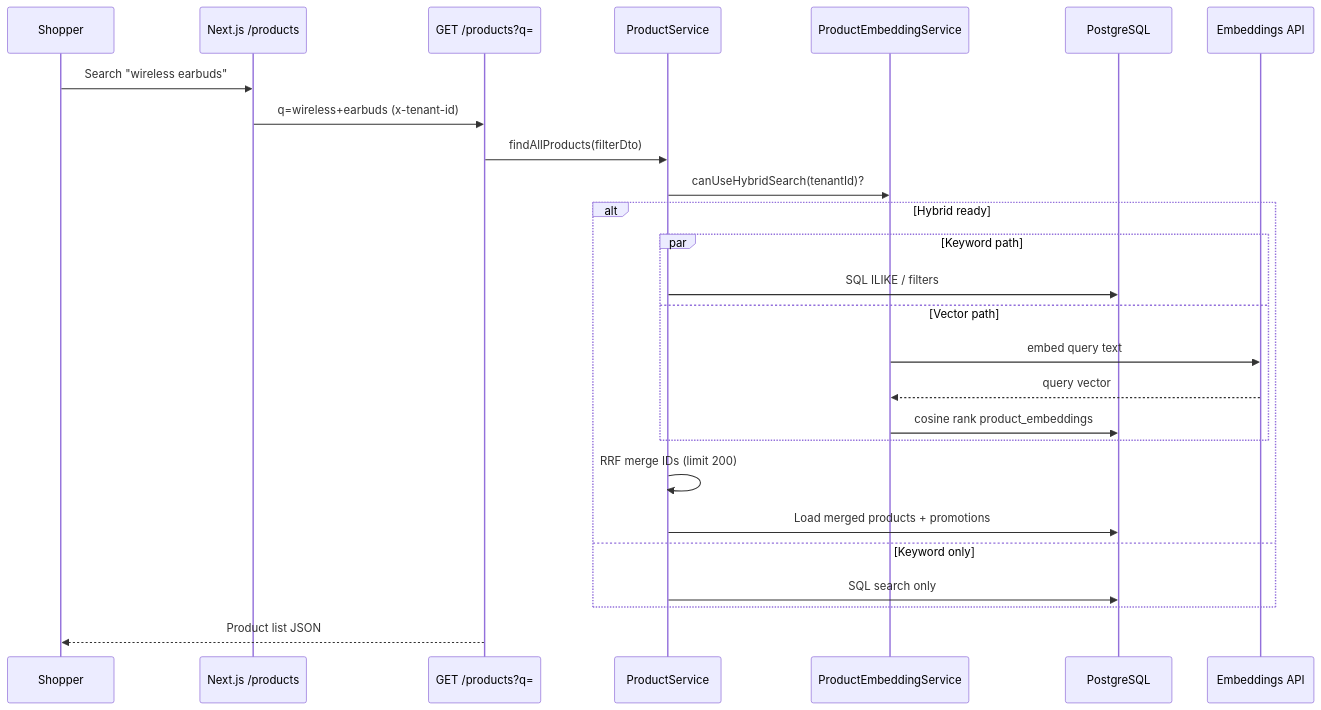
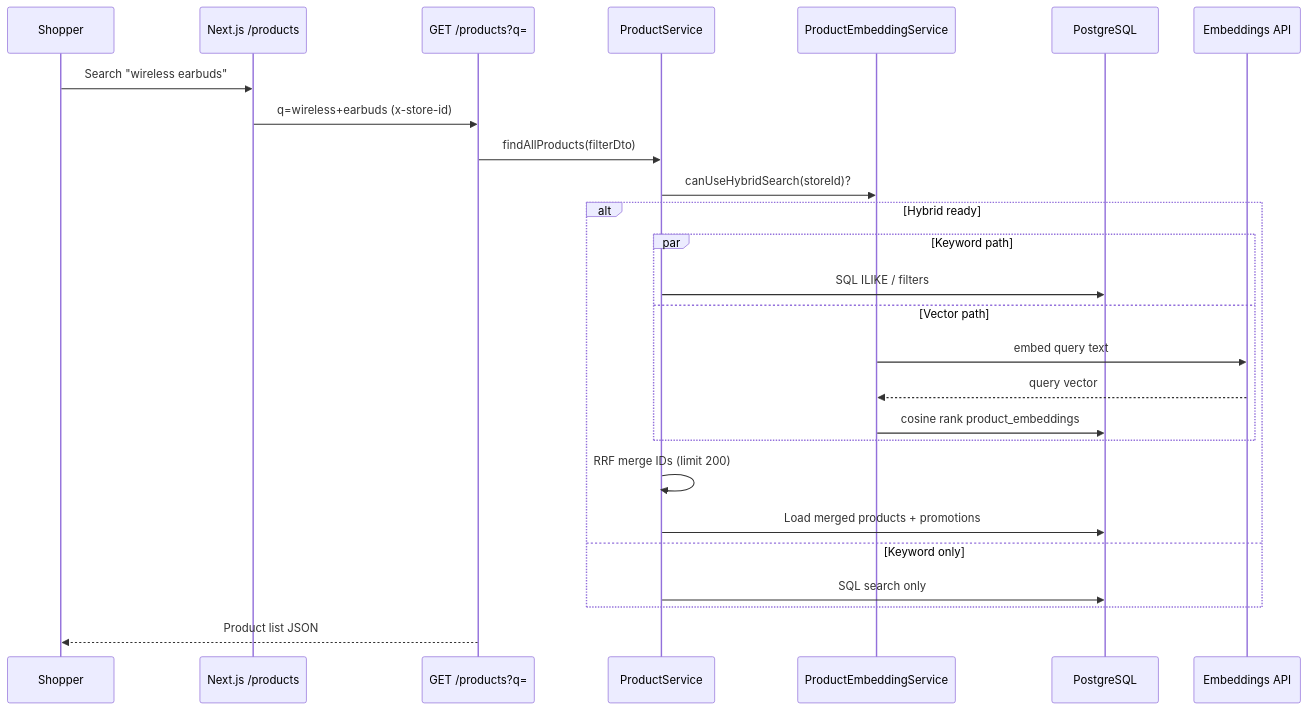
The third of 5 diagrams in doc/manuals/12_STOREFRONT_AI_GUIDE.md (gowtamkumar/eCommerce-multi-store-saas-erp), drawn with Mermaid before and after one commit. The commit also changed other lines of this file and 764 other files, not shown here.

````diff
--- a/doc/manuals/12_STOREFRONT_AI_GUIDE.md
+++ b/doc/manuals/12_STOREFRONT_AI_GUIDE.md
@@ -229,31 +229,31 @@
 ```mermaid
 sequenceDiagram
   participant Shopper
   participant Next as Next.js /products
   participant API as GET /products?q=
   participant PS as ProductService
   participant EMB as ProductEmbeddingService
   participant DB as PostgreSQL
   participant OAI as Embeddings API
 
   Shopper->>Next: Search "wireless earbuds"
-  Next->>API: q=wireless+earbuds (x-tenant-id)
+  Next->>API: q=wireless+earbuds (x-store-id)
   API->>PS: findAllProducts(filterDto)
-  PS->>EMB: canUseHybridSearch(tenantId)?
+  PS->>EMB: canUseHybridSearch(storeId)?
 
   alt Hybrid ready
     par Keyword path
       PS->>DB: SQL ILIKE / filters
     and Vector path
       EMB->>OAI: embed query text
       OAI-->>EMB: query vector
       EMB->>DB: cosine rank product_embeddings
     end
     PS->>PS: RRF merge IDs (limit 200)
     PS->>DB: Load merged products + promotions
   else Keyword only
     PS->>DB: SQL search only
   end
 
   API-->>Shopper: Product list JSON
 ```
````
